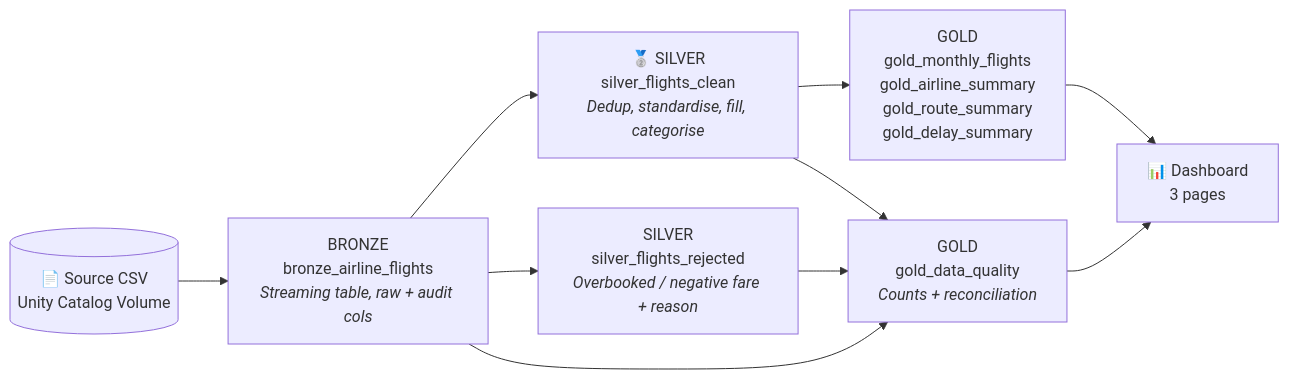
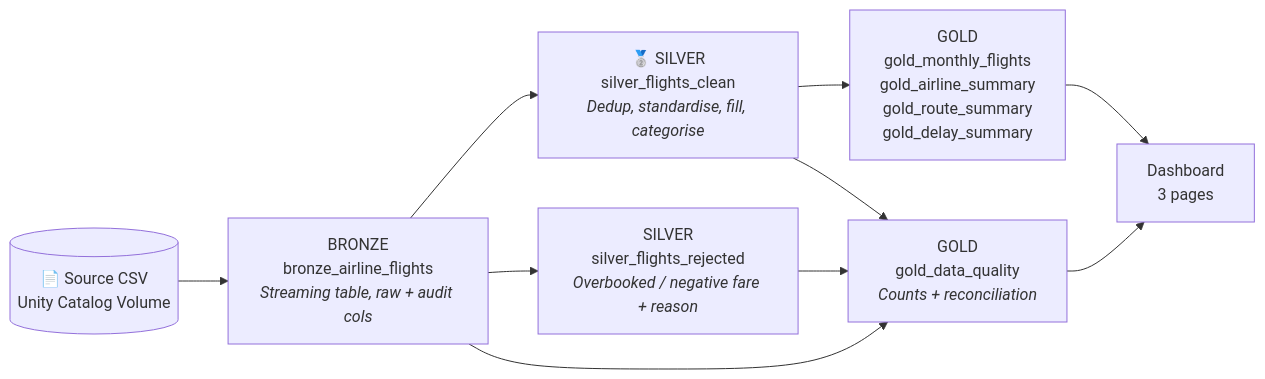
The diagram in Airline Flight Operations Analytics Project/README.md (marvakhan-data/Data_Engineering_Projects), drawn with Mermaid before and after one commit. The commit also changed other lines of this file, not shown here.

Commit message:
README.md

````diff
--- a/Airline Flight Operations Analytics Project/README.md
+++ b/Airline Flight Operations Analytics Project/README.md
@@ -59,12 +59,12 @@
 ```mermaid
 flowchart LR
     A[("📄 Source CSV<br/>Unity Catalog Volume")] --> B[" BRONZE<br/>bronze_airline_flights<br/><i>Streaming table, raw + audit cols</i>"]
     B --> C["🥈 SILVER<br/>silver_flights_clean<br/><i>Dedup, standardise, fill, categorise</i>"]
     B --> D[" SILVER<br/>silver_flights_rejected<br/><i>Overbooked / negative fare + reason</i>"]
     C --> E[" GOLD<br/>gold_monthly_flights<br/>gold_airline_summary<br/>gold_route_summary<br/>gold_delay_summary"]
     B --> F[" GOLD<br/>gold_data_quality<br/><i>Counts + reconciliation</i>"]
     C --> F
     D --> F
-    E --> G["📊 Dashboard<br/>3 pages"]
+    E --> G["Dashboard<br/>3 pages"]
     F --> G
 ```
````
